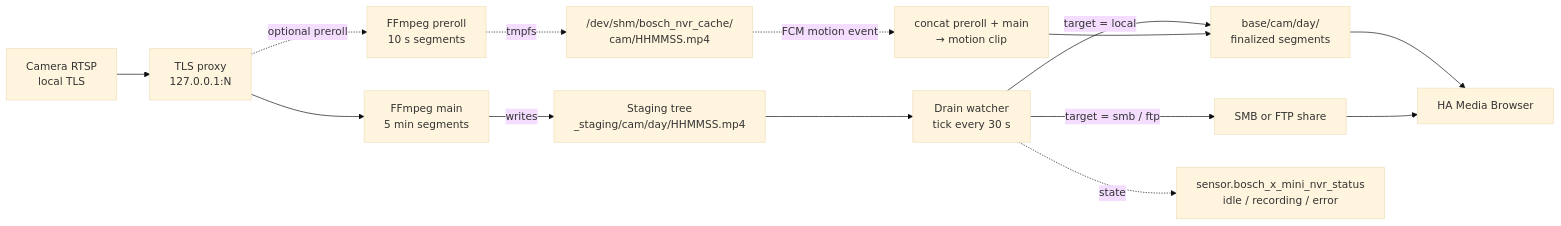
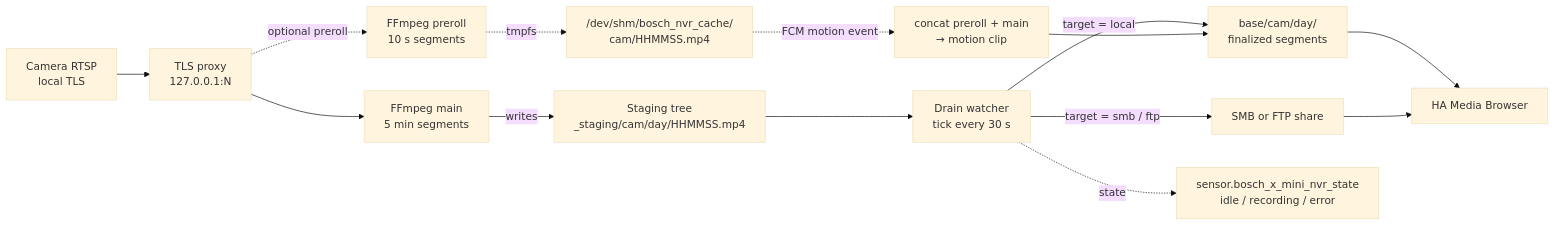
One commit to mosandlt/Bosch-Smart-Home-Camera-Tool-HomeAssistant changed diagram 14 of 14 in README.md. Above: the diagram before and after it, drawn with Mermaid (base theme). The commit also changed other lines of this file and 15 other files, not shown here.

````diff
--- a/README.md
+++ b/README.md
@@ -1234,16 +1236,16 @@
 ```mermaid
 flowchart LR
     Cam[Camera RTSP<br/>local TLS] --> Proxy["TLS proxy<br/>127.0.0.1:N"]
     Proxy --> FFmain[FFmpeg main<br/>5 min segments]
     FFmain -->|writes| Stage["Staging tree<br/>_staging/cam/day/HHMMSS.mp4"]
     Proxy -.->|optional preroll| FFpre[FFmpeg preroll<br/>10 s segments]
     FFpre -.->|tmpfs| Cache["/dev/shm/bosch_nvr_cache/<br/>cam/HHMMSS.mp4"]
     Stage --> Drain[Drain watcher<br/>tick every 30 s]
     Drain -->|target = local| Local["base/cam/day/<br/>finalized segments"]
     Drain -->|target = smb / ftp| SMB[SMB or FTP share]
     Cache -.->|FCM motion event| Concat[concat preroll + main<br/>→ motion clip]
     Concat --> Local
     Local --> MB[HA Media Browser]
     SMB --> MB
-    Drain -.->|state| Sensor[sensor.bosch_x_mini_nvr_status<br/>idle / recording / error]
+    Drain -.->|state| Sensor[sensor.bosch_x_mini_nvr_state<br/>idle / recording / error]
 ```
````
